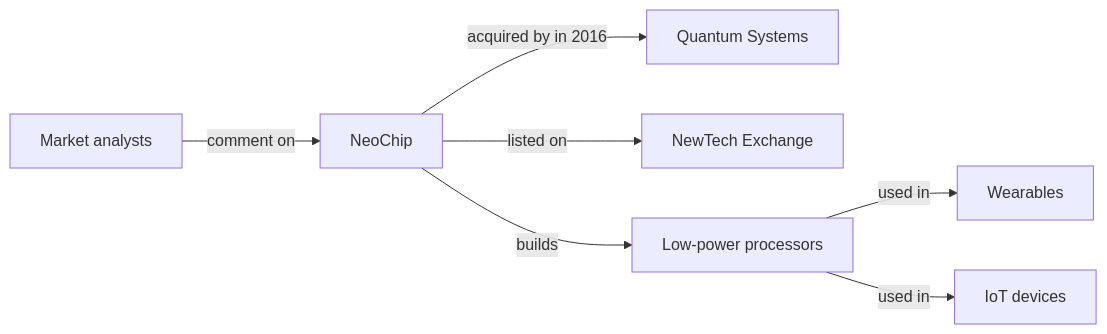
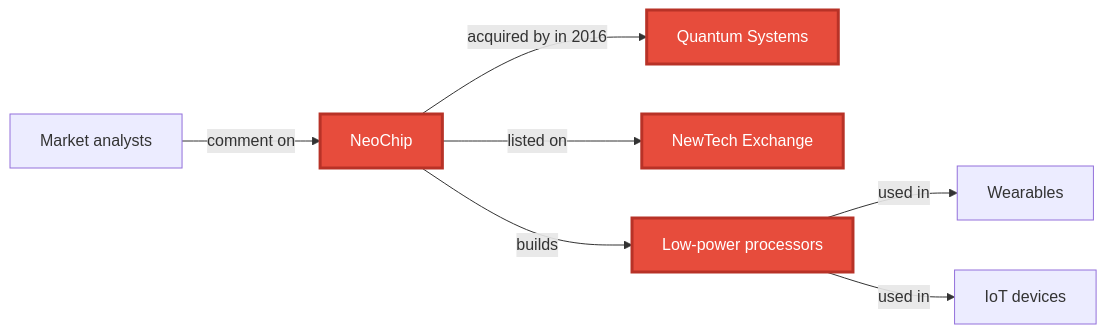
One commit to w4bo/AA2627-unibo-dcai changed diagram 15 of 20 in slides/02-rag.qmd. Above: the diagram before and after it, drawn with Mermaid. The commit also changed other lines of this file and 2 other files, not shown here.

````diff
--- a/slides/02-rag.qmd
+++ b/slides/02-rag.qmd
@@ -1044,10 +1070,20 @@
 ```{mermaid}
 %%| echo: false
 flowchart LR
-  NC[NeoChip] -->|acquired by in 2016| QS[Quantum Systems]
-  NC -->|listed on| NTE[NewTech Exchange]
-  NC -->|builds| LP[Low-power processors]
-  LP -->|used in| W[Wearables]
-  LP -->|used in| IOT[IoT devices]
-  MA[Market analysts] -->|comment on| NC
+  NC[NeoChip]
+  QS[Quantum Systems]
+  NTE[NewTech Exchange]
+  LP[Low-power processors]
+  W[Wearables]
+  IOT[IoT devices]
+  MA[Market analysts]
+  NC -->|acquired by in 2016| QS
+  NC -->|listed on| NTE
+  NC -->|builds| LP
+  LP -->|used in| W
+  LP -->|used in| IOT
+  MA -->|comment on| NC
+
+  classDef focus fill:#e74c3c,color:#fff,stroke:#b83227,stroke-width:3px
+  class NC,QS,NTE,LP focus
 ```
````
